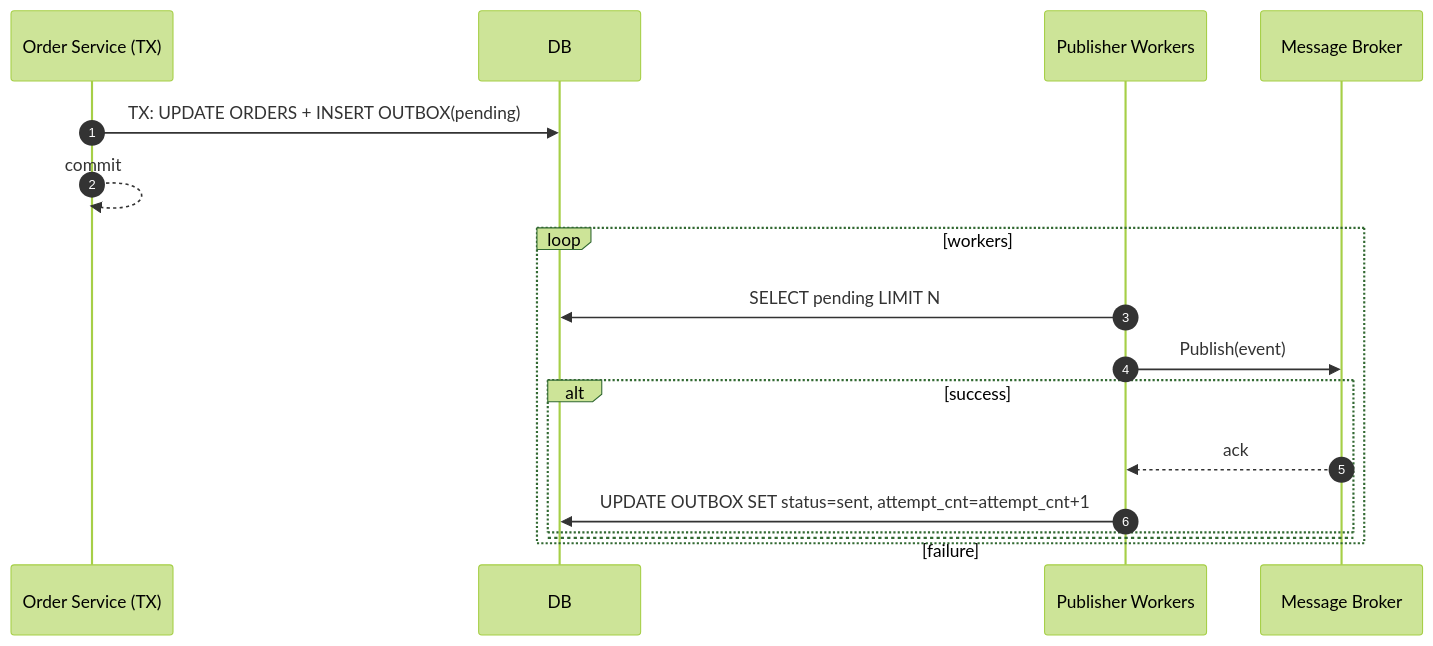
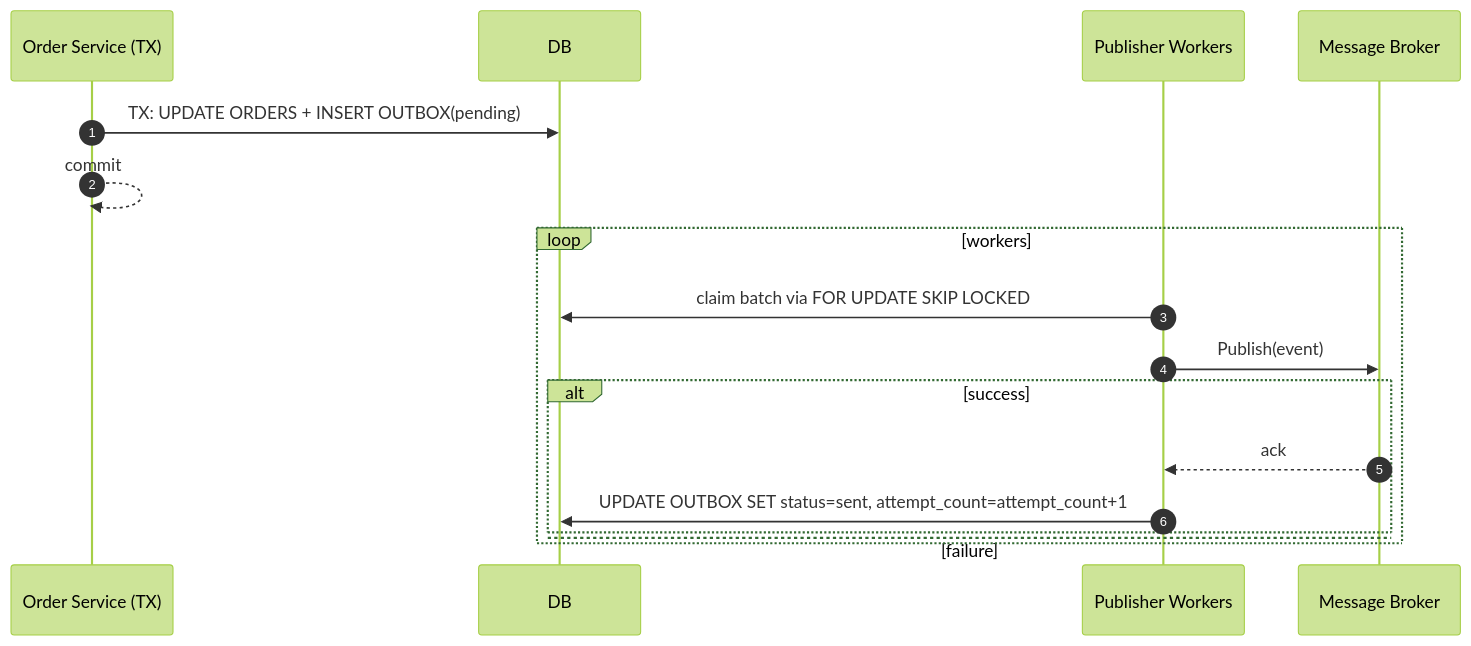
Before and after one commit to VladislavDraga398/Expirians_Golang_Project: the diagram in docs/architecture/outbox.md, drawn with Mermaid (forest theme). The commit also changed other lines of this file and 25 other files, not shown here.

````diff
--- a/docs/architecture/outbox.md
+++ b/docs/architecture/outbox.md
@@ -30,20 +30,20 @@
 ```mermaid
 sequenceDiagram
   autonumber
   participant App as Order Service (TX)
   participant DB as DB
   participant Pub as Publisher Workers
   participant MQ as Message Broker
 
   App->>DB: TX: UPDATE ORDERS + INSERT OUTBOX(pending)
   App-->>App: commit
   loop workers
-    Pub->>DB: SELECT pending LIMIT N
+    Pub->>DB: claim batch via FOR UPDATE SKIP LOCKED
     Pub->>MQ: Publish(event)
     alt success
       MQ-->>Pub: ack
-      Pub->>DB: UPDATE OUTBOX SET status=sent, attempt_cnt=attempt_cnt+1
+      Pub->>DB: UPDATE OUTBOX SET status=sent, attempt_count=attempt_count+1
     else failure
     end
   end
 ```
````
